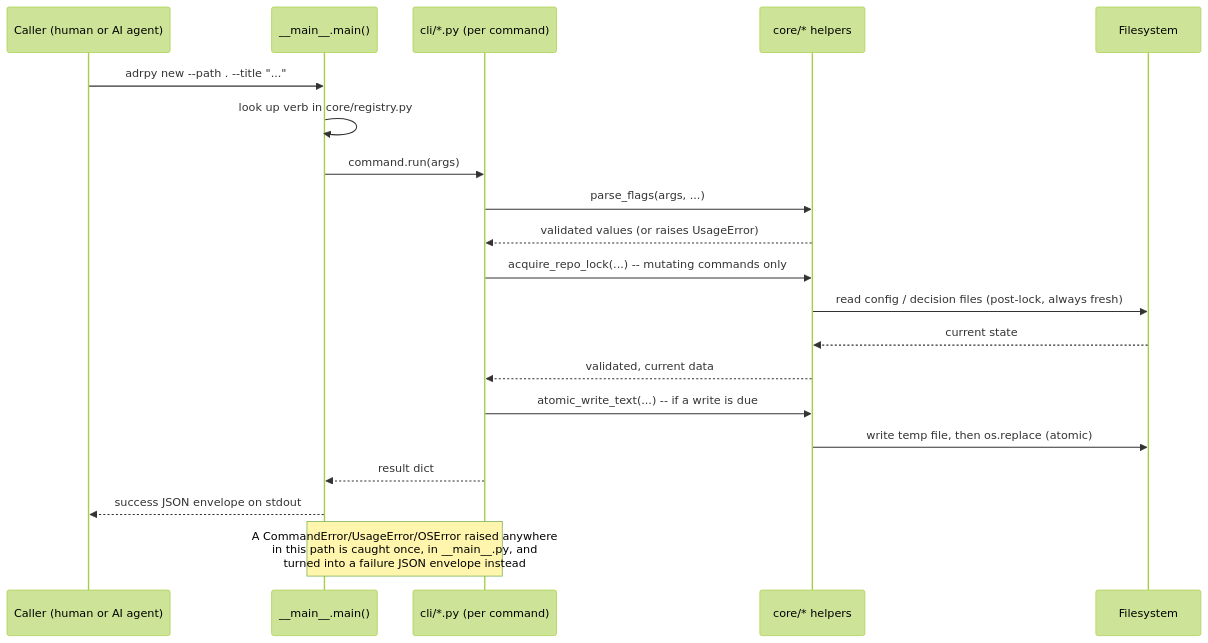
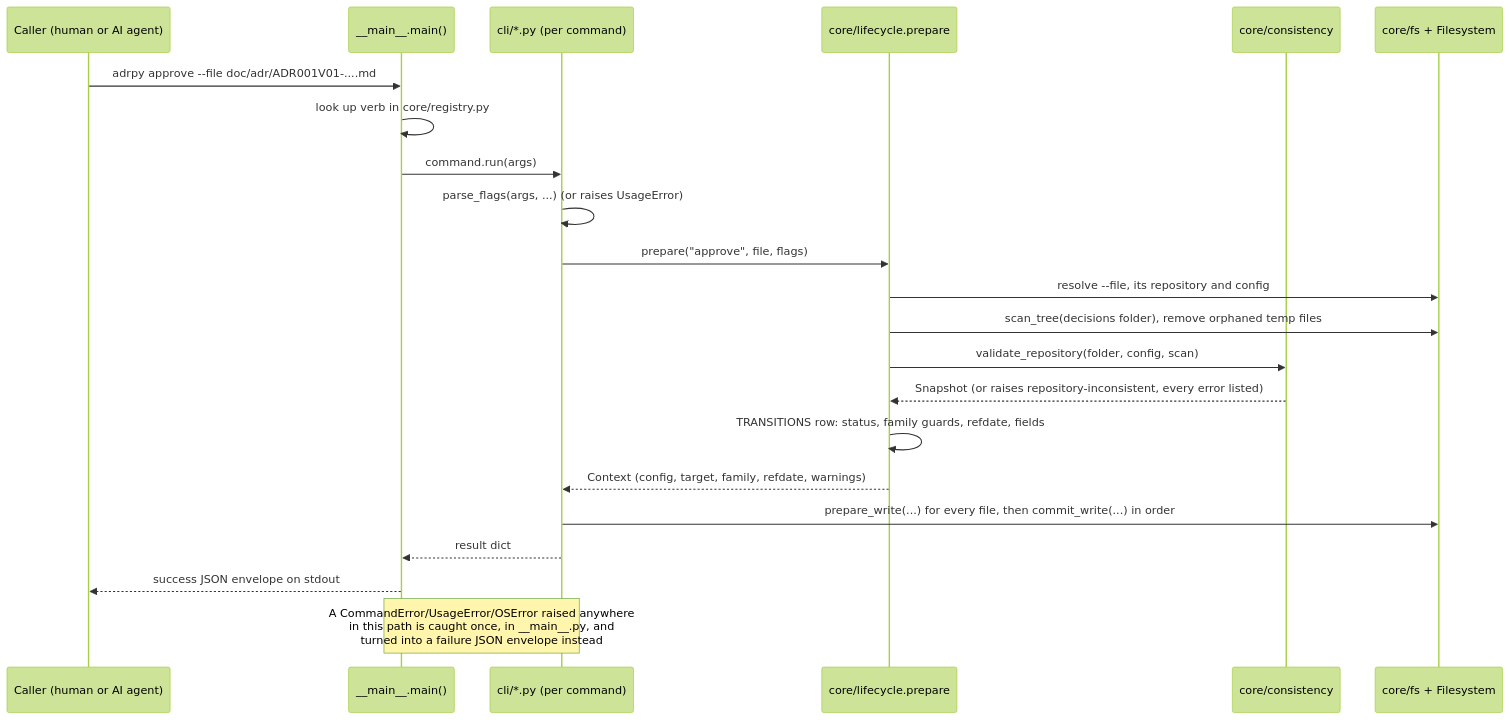
One commit to FRACerqueira/adrpy-ai changed the second of 6 diagrams in doc/architecture.md. Above: the diagram before and after it, drawn with Mermaid (forest theme). The commit also changed other lines of this file and 65 other files, not shown here.

````diff
--- a/doc/architecture.md
+++ b/doc/architecture.md
@@ -97,24 +109,26 @@
 ```mermaid
 sequenceDiagram
     participant Caller as Caller (human or AI agent)
     participant Main as __main__.main()
     participant Cmd as cli/*.py (per command)
-    participant Core as core/* helpers
-    participant FS as Filesystem
+    participant Core as core/lifecycle.prepare
+    participant Val as core/consistency
+    participant FS as core/fs + Filesystem
 
-    Caller->>Main: adrpy new --path . --title "..."
+    Caller->>Main: adrpy approve --file doc/adr/ADR001V01-....md
     Main->>Main: look up verb in core/registry.py
     Main->>Cmd: command.run(args)
-    Cmd->>Core: parse_flags(args, ...)
-    Core-->>Cmd: validated values (or raises UsageError)
-    Cmd->>Core: acquire_repo_lock(...)  -- mutating commands only
-    Core->>FS: read config / decision files (post-lock, always fresh)
-    FS-->>Core: current state
-    Core-->>Cmd: validated, current data
-    Cmd->>Core: atomic_write_text(...)  -- if a write is due
-    Core->>FS: write temp file, then os.replace (atomic)
+    Cmd->>Cmd: parse_flags(args, ...) (or raises UsageError)
+    Cmd->>Core: prepare("approve", file, flags)
+    Core->>FS: resolve --file, its repository and config
+    Core->>FS: scan_tree(decisions folder), remove orphaned temp files
+    Core->>Val: validate_repository(folder, config, scan)
+    Val-->>Core: Snapshot (or raises repository-inconsistent, every error listed)
+    Core->>Core: TRANSITIONS row: status, family guards, refdate, fields
+    Core-->>Cmd: Context (config, target, family, refdate, warnings)
+    Cmd->>FS: prepare_write(...) for every file, then commit_write(...) in order
     Cmd-->>Main: result dict
     Main-->>Caller: success JSON envelope on stdout
 
     Note over Cmd,Main: A CommandError/UsageError/OSError raised anywhere<br/>in this path is caught once, in __main__.py, and<br/>turned into a failure JSON envelope instead
 ```
````
